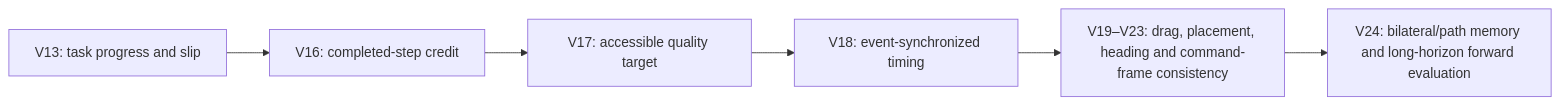
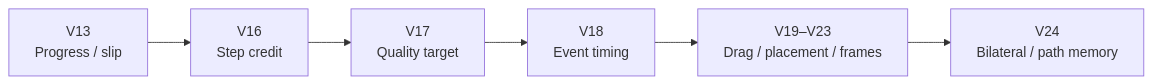
The third of 4 diagrams in README.md (GokturkCan/biped-locomotion-ppo), drawn with Mermaid before and after one commit. The commit also changed other lines of this file and 5 other files, not shown here.

````diff
--- a/README.md
+++ b/README.md
@@ -158,8 +150,7 @@
 ```mermaid
 flowchart LR
-    V13["V13: task progress and slip"] --> V16["V16: completed-step credit"]
-    V16 --> V17["V17: accessible quality target"]
-    V17 --> V18["V18: event-synchronized timing"]
-    V18 --> V19["V19–V23: drag, placement, heading and command-frame consistency"]
-    V19 --> V24["V24: bilateral/path memory and long-horizon forward evaluation"]
+    V13["V13<br/>Progress / slip"] --> V16["V16<br/>Step credit"]
+    V16 --> V17["V17<br/>Quality target"] --> V18["V18<br/>Event timing"]
+    V18 --> V19["V19–V23<br/>Drag / placement / frames"]
+    V19 --> V24["V24<br/>Bilateral / path memory"]
 ```
````
